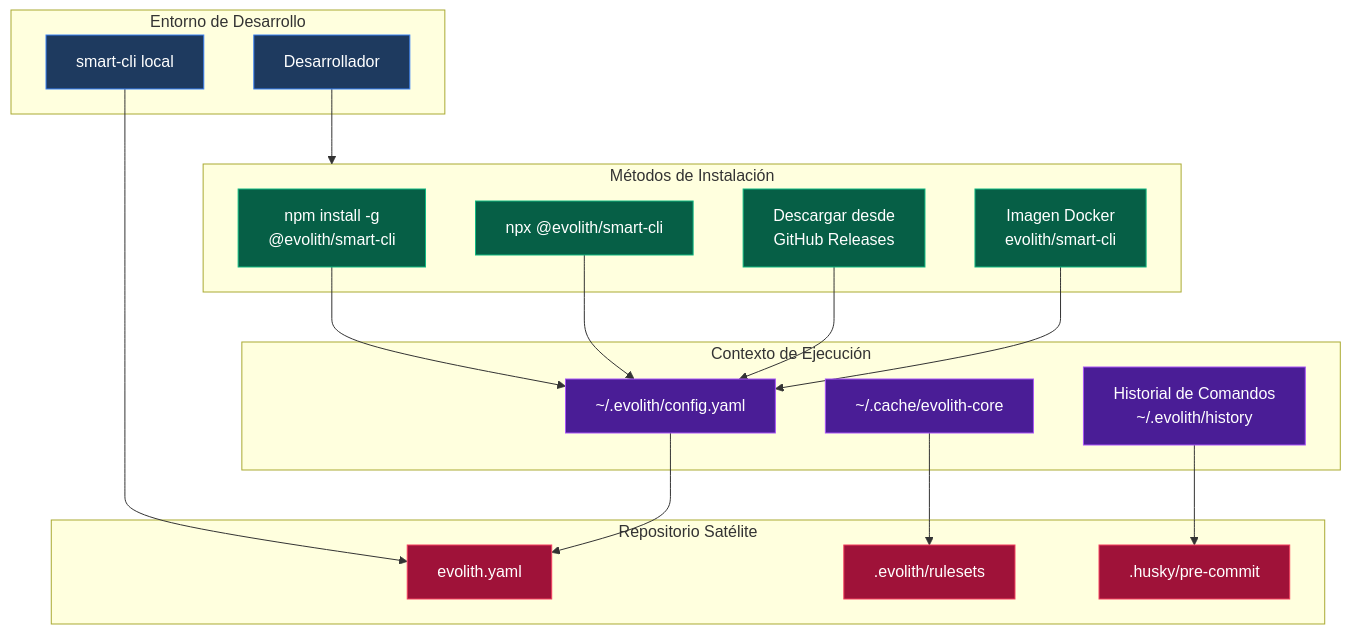
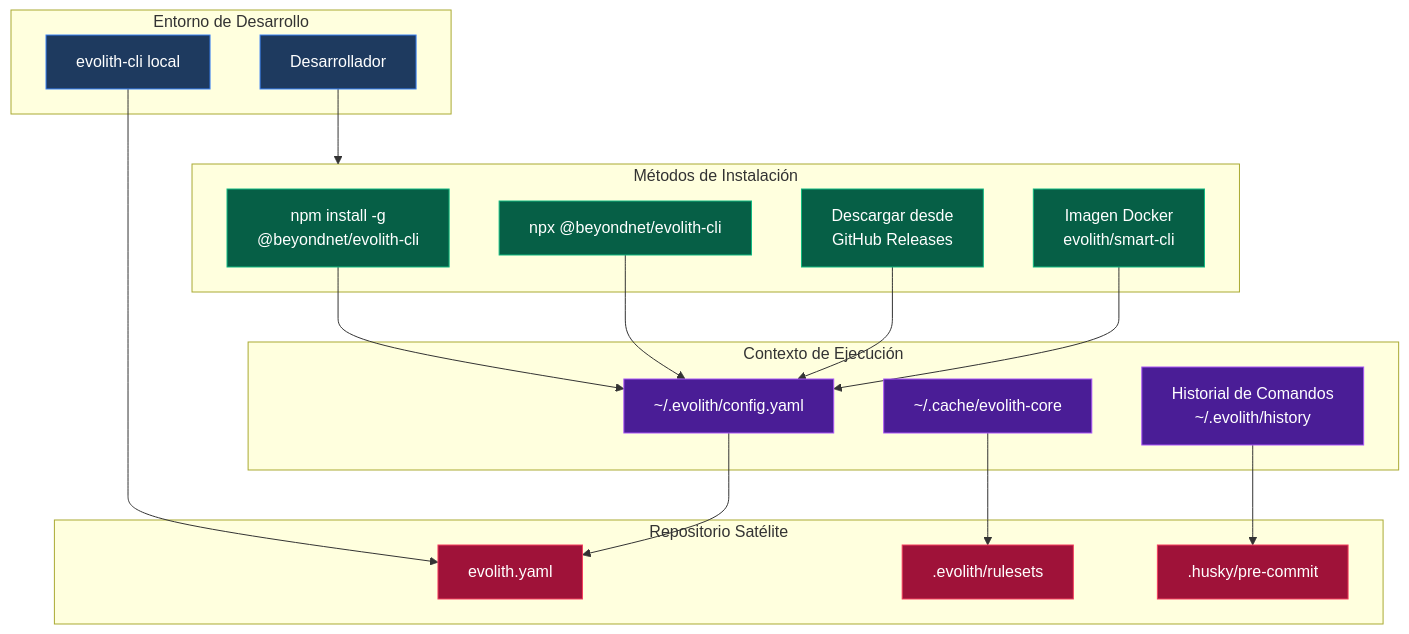
Diagram 13 of 14 in src/sdk/cli/ARCHITECTURE.es.md (beyondnetcode/evolith_arch32), drawn with Mermaid before and after one commit. The commit also changed other lines of this file and 195 other files, not shown here.

First line of the commit message:
refactor(brand): align "Smart CLI" → "Evolith CLI" across docs, code, npm, and assemblies

````diff
--- a/src/sdk/cli/ARCHITECTURE.es.md
+++ b/src/sdk/cli/ARCHITECTURE.es.md
@@ -527,47 +527,47 @@
 ```mermaid
 graph TB
     subgraph Development["Entorno de Desarrollo"]
         DEV_User["Desarrollador"]
-        DEV_CLI["smart-cli local"]
+        DEV_CLI["evolith-cli local"]
     end
 
     subgraph Installation["Métodos de Instalación"]
-        NPM["npm install -g\n@evolith/smart-cli"]
-        NPX["npx @evolith/smart-cli"]
+        NPM["npm install -g\n@beyondnet/evolith-cli"]
+        NPX["npx @beyondnet/evolith-cli"]
         Binary["Descargar desde\nGitHub Releases"]
         Docker["Imagen Docker\nevolith/smart-cli"]
     end
 
     subgraph Runtime["Contexto de Ejecución"]
         RT_Config["~/.evolith/config.yaml"]
         RT_Cache["~/.cache/evolith-core"]
         RT_History["Historial de Comandos\n~/.evolith/history"]
     end
 
     subgraph Satellite["Repositorio Satélite"]
         SAT_Config["evolith.yaml"]
         SAT_Rulesets[".evolith/rulesets"]
         SAT_Hooks[".husky/pre-commit"]
     end
 
     DEV_User --> Installation
     NPM --> RT_Config
     NPX --> RT_Config
     Binary --> RT_Config
     Docker --> RT_Config
 
     DEV_CLI --> SAT_Config
     RT_Config --> SAT_Config
     RT_Cache --> SAT_Rulesets
     RT_History --> SAT_Hooks
 
     classDef dev fill:#1e3a5f,stroke:#3b82f6,color:#fff
     classDef install fill:#065f46,stroke:#10b981,color:#fff
     classDef runtime fill:#4a1d96,stroke:#a855f7,color:#fff
     classDef sat fill:#9f1239,stroke:#f43f5e,color:#fff
 
     class DEV_User,DEV_CLI dev
     class NPM,NPX,Binary,Docker install
     class RT_Config,RT_Cache,RT_History runtime
     class SAT_Config,SAT_Rulesets,SAT_Hooks sat
 ```
````
